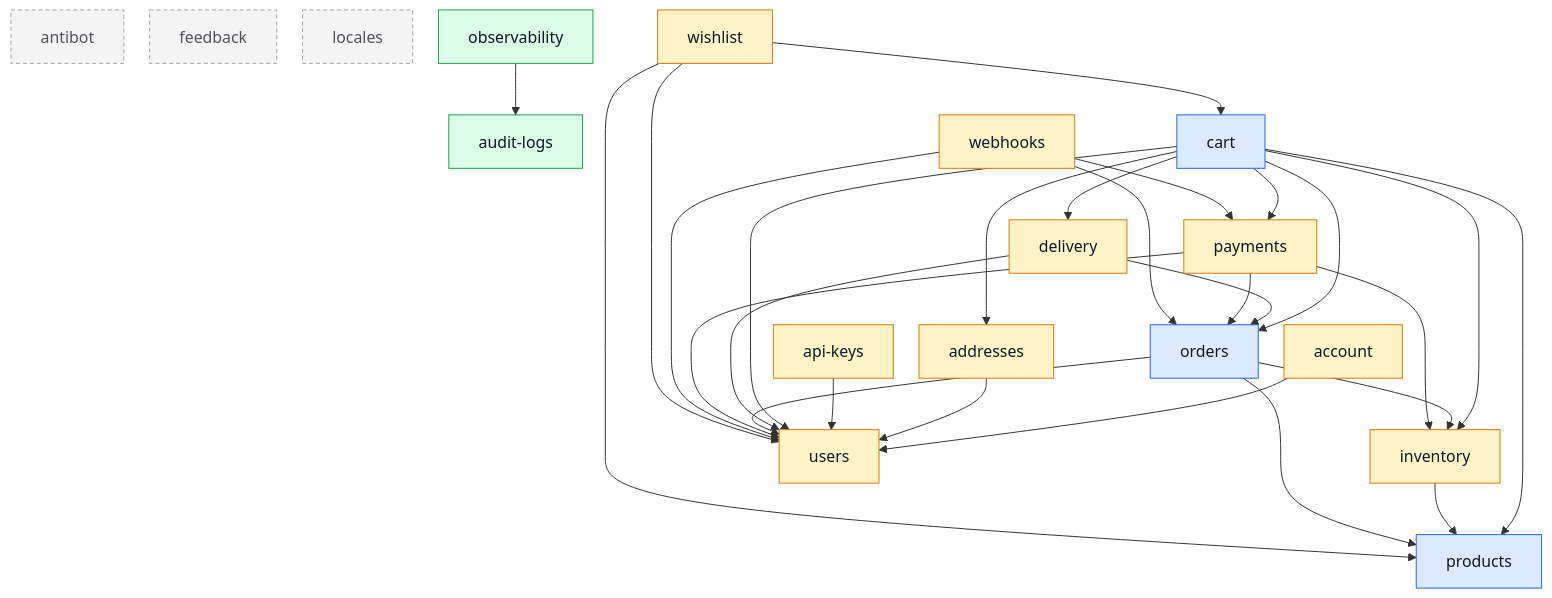
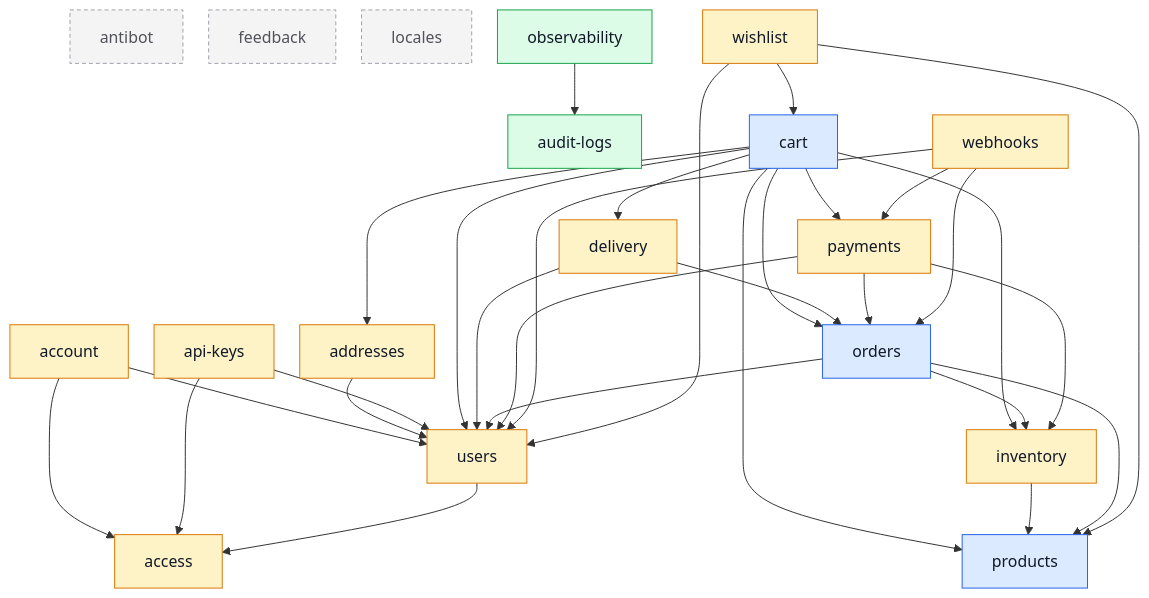
One commit to Guebbit/boilerplate-node-backend changed the diagram in docs/modules/index.md. Above: the diagram before and after it, drawn with Mermaid. The commit also changed other lines of this file and 51 other files, not shown here.

````diff
--- a/docs/modules/index.md
+++ b/docs/modules/index.md
@@ -40,57 +40,61 @@
 ```mermaid
 %%{init: {'flowchart': {'nodeSpacing': 26, 'rankSpacing': 52}}}%%
 flowchart TD
+    access
     account
     addresses
     antibot
     api_keys["api-keys"]
     audit_logs["audit-logs"]
     cart
     delivery
     feedback
     inventory
     locales
     observability
     orders
     payments
     products
     users
     webhooks
     wishlist
 
+    account --> access
     account --> users
     addresses --> users
+    api_keys --> access
     api_keys --> users
     cart --> addresses
     cart --> delivery
     cart --> inventory
     cart --> orders
     cart --> payments
     cart --> products
     cart --> users
     delivery --> orders
     delivery --> users
     inventory --> products
     observability --> audit_logs
     orders --> inventory
     orders --> products
     orders --> users
     payments --> inventory
     payments --> orders
     payments --> users
+    users --> access
     webhooks --> orders
     webhooks --> payments
     webhooks --> users
     wishlist --> cart
     wishlist --> products
     wishlist --> users
 
     classDef core fill:#dbeafe,stroke:#2563eb,color:#111827;
     classDef supporting fill:#fef3c7,stroke:#d97706,color:#111827;
     classDef generic fill:#dcfce7,stroke:#16a34a,color:#111827;
     classDef isolated fill:#f4f4f5,stroke:#a1a1aa,color:#52525b,stroke-dasharray:4 3;
     class cart,orders,products core;
-    class account,addresses,api_keys,delivery,inventory,payments,users,webhooks,wishlist supporting;
+    class access,account,addresses,api_keys,delivery,inventory,payments,users,webhooks,wishlist supporting;
     class audit_logs,observability generic;
     class antibot,feedback,locales isolated;
 ```
````
